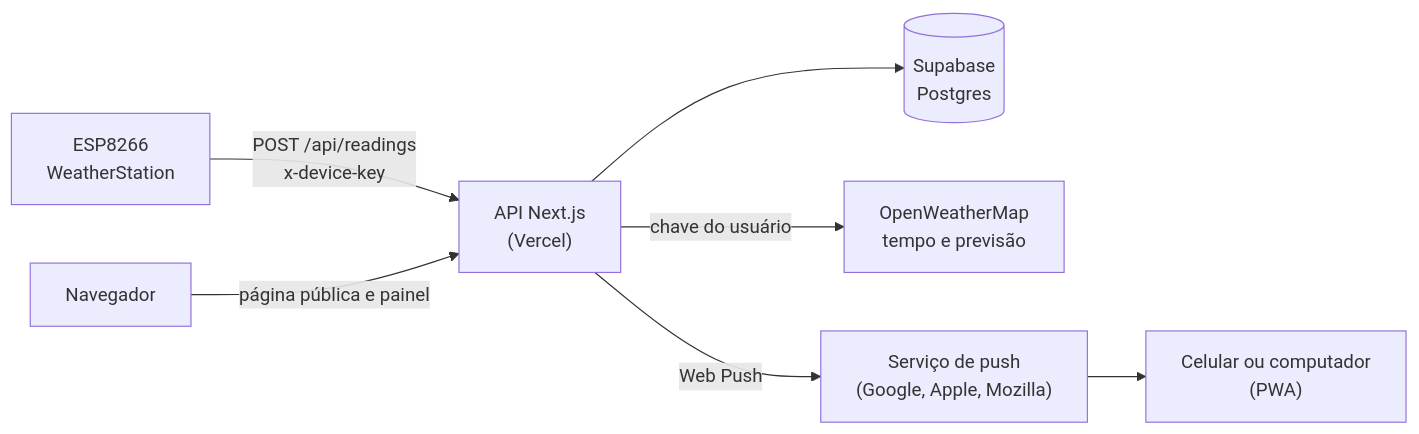
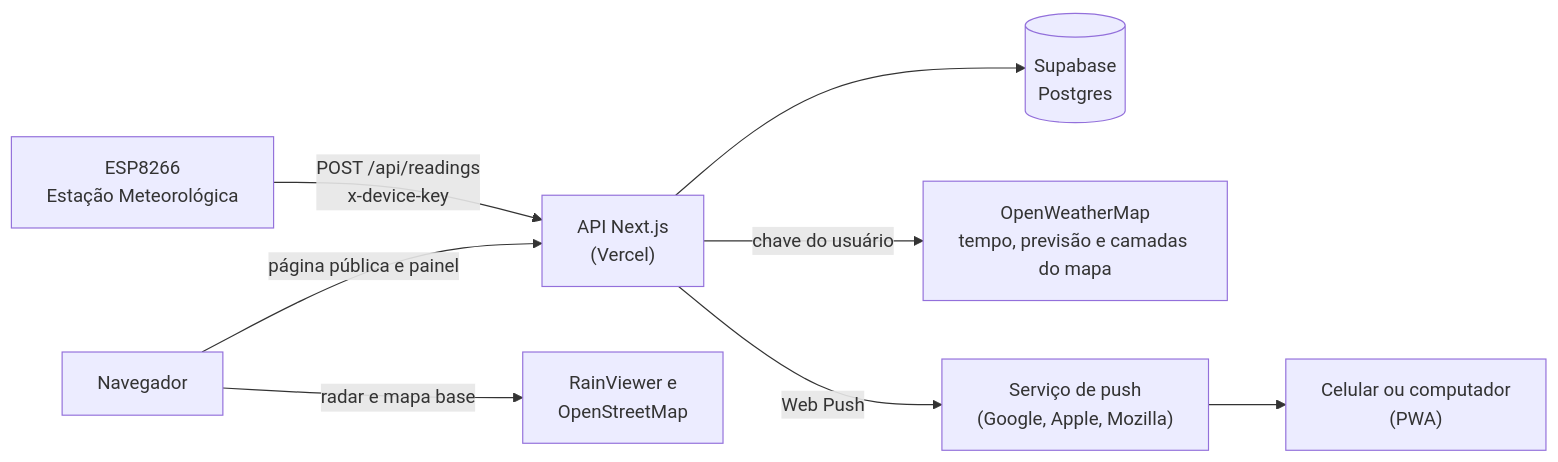
Before and after one commit to LuismarPavani/Estacao-Meteorologica-web: the diagram in README.md, drawn with Mermaid. The commit also changed other lines of this file and 20 other files, not shown here.

````diff
--- a/README.md
+++ b/README.md
@@ -86,9 +98,10 @@
 ```mermaid
 flowchart LR
-  ESP["ESP8266<br/>WeatherStation"] -->|"POST /api/readings<br/>x-device-key"| API["API Next.js<br/>(Vercel)"]
+  ESP["ESP8266<br/>Estação Meteorológica"] -->|"POST /api/readings<br/>x-device-key"| API["API Next.js<br/>(Vercel)"]
   API --> DB[("Supabase<br/>Postgres")]
-  API -->|"chave do usuário"| OWM["OpenWeatherMap<br/>tempo e previsão"]
+  API -->|"chave do usuário"| OWM["OpenWeatherMap<br/>tempo, previsão e camadas do mapa"]
   API -->|"Web Push"| PUSH["Serviço de push<br/>(Google, Apple, Mozilla)"]
   PUSH --> CEL["Celular ou computador<br/>(PWA)"]
   NAV["Navegador"] -->|"página pública e painel"| API
+  NAV -->|"radar e mapa base"| MAPAS["RainViewer e<br/>OpenStreetMap"]
 ```
````
